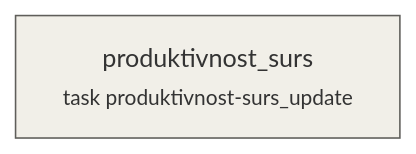
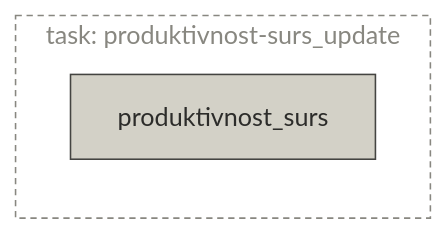
Before and after one commit to majazaloznik/umar-automation-scripts: the diagram in docs/pipelines/task-produktivnost-surs_update.md, drawn with Mermaid. The commit also changed 31 other files, not shown here.

Commit message:
Update mermaid plots in pipelines

````diff
--- a/docs/pipelines/task-produktivnost-surs_update.md
+++ b/docs/pipelines/task-produktivnost-surs_update.md
@@ -21,8 +21,12 @@
 ```mermaid
 flowchart LR
-  produktivnost_surs["produktivnost_surs<br/><small>task produktivnost-surs_update</small>"]:::step
-  classDef source fill:#FAECE7,stroke:#993C1D
-  classDef step fill:#F1EFE8,stroke:#5F5E5A
-  classDef store fill:#E1F5EE,stroke:#0F6E56
-  classDef output fill:#EEEDFE,stroke:#534AB7
+  
+  subgraph task_produktivnost_surs_update["task: produktivnost-surs_update"]
+    produktivnost_surs["produktivnost_surs"]:::step
+  end
+  style task_produktivnost_surs_update fill:none,stroke:#888780,stroke-dasharray:4 3,color:#888780
+  classDef source fill:#F0997B,stroke:#712B13,color:#4A1B0C,stroke-width:1px
+  classDef step fill:#D3D1C7,stroke:#444441,color:#2C2C2A,stroke-width:1px
+  classDef store fill:#5DCAA5,stroke:#085041,color:#04342C,stroke-width:1px
+  classDef output fill:#AFA9EC,stroke:#3C3489,color:#26215C,stroke-width:1px
 ```
````
